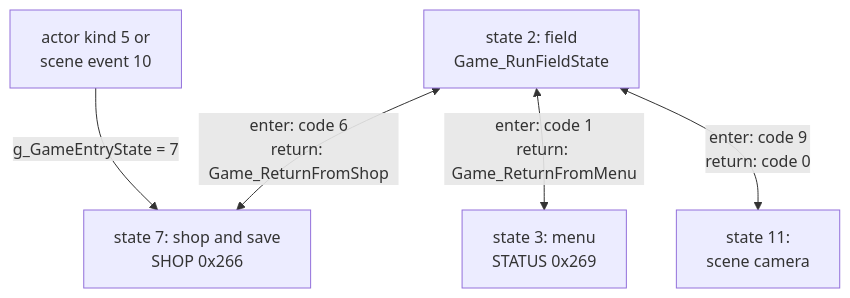
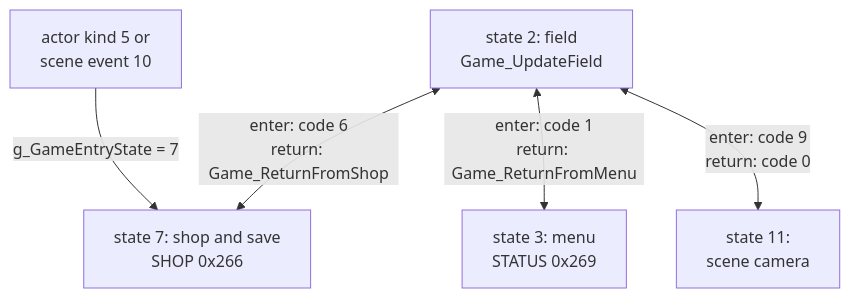
One commit to raulcorreia7/bof3-wiki changed the first of 2 diagrams in src/content/docs/systems/screens.md. Above: the diagram before and after it, drawn with Mermaid. The commit also changed other lines of this file and 29 other files, not shown here.

````diff
--- a/src/content/docs/systems/screens.md
+++ b/src/content/docs/systems/screens.md
@@ -36,8 +36,8 @@
 ```mermaid
 flowchart TD
     A["actor kind 5 or<br/>scene event 10"] -->|"g_GameEntryState = 7"| S["state 7: shop and save<br/>SHOP 0x266"]
-    F["state 2: field<br/>Game_RunFieldState"]
+    F["state 2: field<br/>Game_UpdateField"]
     F <-->|"enter: code 6<br/>return: Game_ReturnFromShop"| S
     F <-->|"enter: code 1<br/>return: Game_ReturnFromMenu"| M["state 3: menu<br/>STATUS 0x269"]
     F <-->|"enter: code 9<br/>return: code 0"| C["state 11:<br/>scene camera"]
 ```
````
